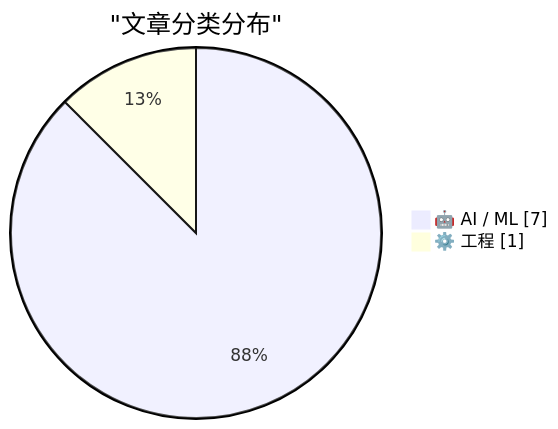
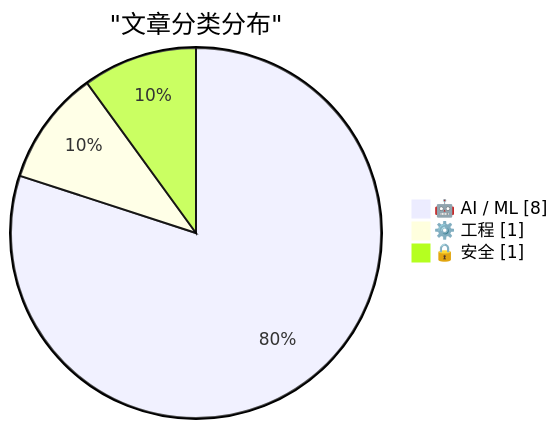
One commit to Halcyon-ccc/ai-daily-digest changed the first of 2 diagrams in digests/digest-20260817.md. Above: the diagram before and after it, drawn with Mermaid. The commit also changed other lines of this file and 1 other file, not shown here.

````diff
--- a/digests/digest-20260817.md
+++ b/digests/digest-20260817.md
@@ -288,6 +310,7 @@
 ```mermaid
 pie showData
     title "文章分类分布"
-    "🤖 AI / ML" : 7
+    "🤖 AI / ML" : 8
     "⚙️ 工程" : 1
+    "🔒 安全" : 1
 ```
````
